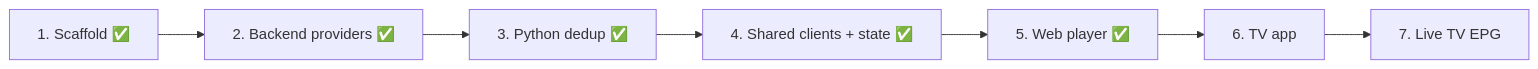
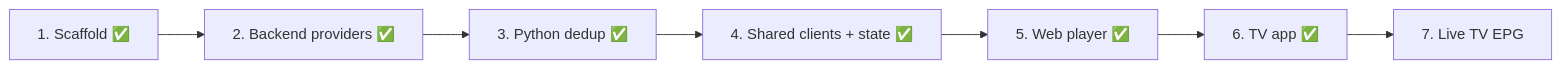
One commit to brunoccst/iptv-player changed the diagram in documentation/NEXT-STEPS.md. Above: the diagram before and after it, drawn with Mermaid. The commit also changed other lines of this file and 3 other files, not shown here.

````diff
--- a/documentation/NEXT-STEPS.md
+++ b/documentation/NEXT-STEPS.md
@@ -7,5 +7,5 @@
 ```mermaid
 flowchart LR
   S1[1. Scaffold ✅] --> S2[2. Backend providers ✅] --> S3[3. Python dedup ✅] --> S4[4. Shared clients + state ✅]
-  S4 --> S5[5. Web player ✅] --> S6[6. TV app] --> S7[7. Live TV EPG]
+  S4 --> S5[5. Web player ✅] --> S6[6. TV app ✅] --> S7[7. Live TV EPG]
 ```
````
